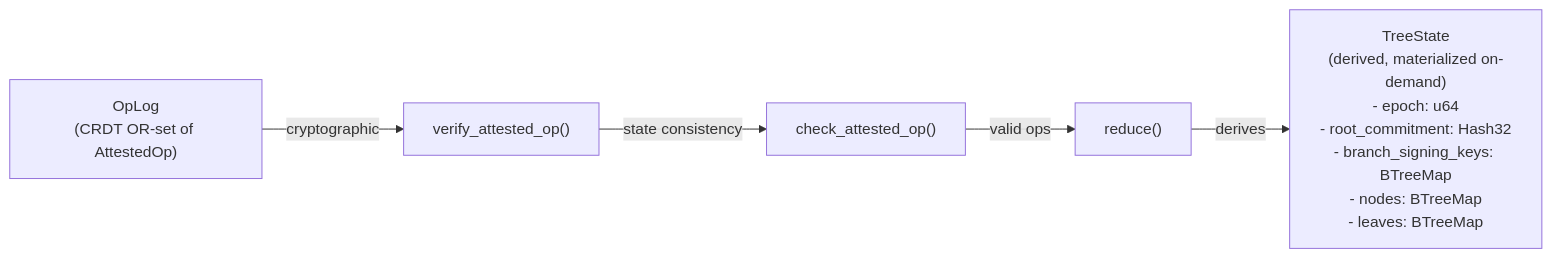
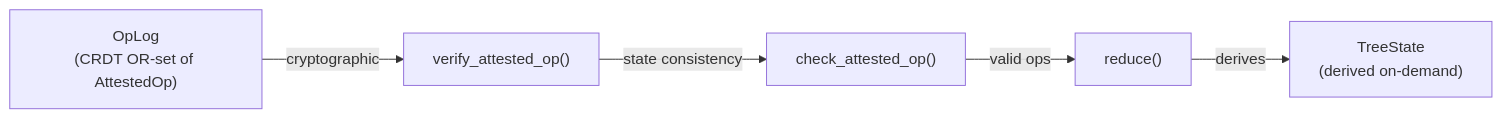
The first of 3 diagrams in docs/101_accounts_and_commitment_tree.md (hxrts/aura), drawn with Mermaid before and after one commit. The commit also changed other lines of this file and 29 other files, not shown here.

````diff
--- a/docs/101_accounts_and_commitment_tree.md
+++ b/docs/101_accounts_and_commitment_tree.md
@@ -255,13 +328,13 @@
 ```mermaid
 graph LR
     OpLog["OpLog<br/>(CRDT OR-set of AttestedOp)"]
     Verify["verify_attested_op()"]
     Check["check_attested_op()"]
     Reduce["reduce()"]
-    TreeState["TreeState<br/>(derived, materialized on-demand)<br/>- epoch: u64<br/>- root_commitment: Hash32<br/>- branch_signing_keys: BTreeMap<br/>- nodes: BTreeMap<br/>- leaves: BTreeMap"]
+    TreeState["TreeState<br/>(derived on-demand)"]
 
     OpLog -->|cryptographic| Verify
     Verify -->|state consistency| Check
     Check -->|valid ops| Reduce
     Reduce -->|derives| TreeState
 ```
````
